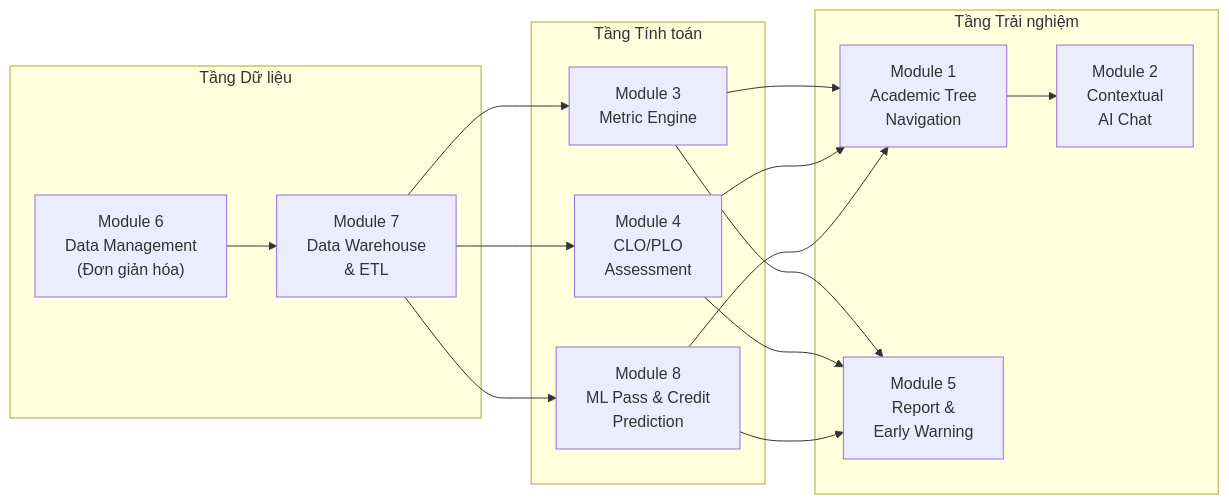
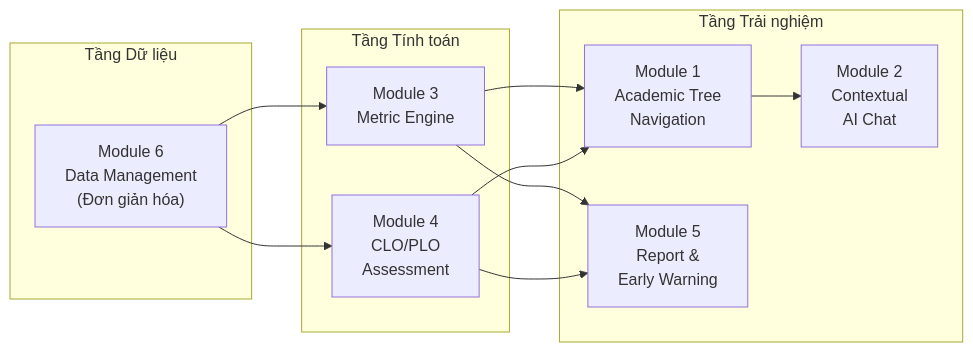
One commit to ritvien/-Learning-Analytics-AI changed the first of 6 diagrams in docs/02-PRD/PRD.md. Above: the diagram before and after it, drawn with Mermaid. The commit also changed other lines of this file and 2 other files, not shown here.

````diff
--- a/docs/02-PRD/PRD.md
+++ b/docs/02-PRD/PRD.md
@@ -23,31 +23,25 @@
 ```mermaid
 graph LR
     subgraph "Tầng Dữ liệu"
         M6["Module 6<br/>Data Management<br/>(Đơn giản hóa)"]
-        M7["Module 7<br/>Data Warehouse<br/>& ETL"]
     end
 
     subgraph "Tầng Tính toán"
         M3["Module 3<br/>Metric Engine"]
         M4["Module 4<br/>CLO/PLO<br/>Assessment"]
-        M8["Module 8<br/>ML Pass & Credit<br/>Prediction"]
     end
 
     subgraph "Tầng Trải nghiệm"
         M1["Module 1<br/>Academic Tree<br/>Navigation"]
         M2["Module 2<br/>Contextual<br/>AI Chat"]
         M5["Module 5<br/>Report &<br/>Early Warning"]
     end
 
-    M6 --> M7
-    M7 --> M3
-    M7 --> M4
-    M7 --> M8
+    M6 --> M3
+    M6 --> M4
     M3 --> M1
     M4 --> M1
-    M8 --> M1
     M1 --> M2
     M3 --> M5
     M4 --> M5
-    M8 --> M5
 ```
````
